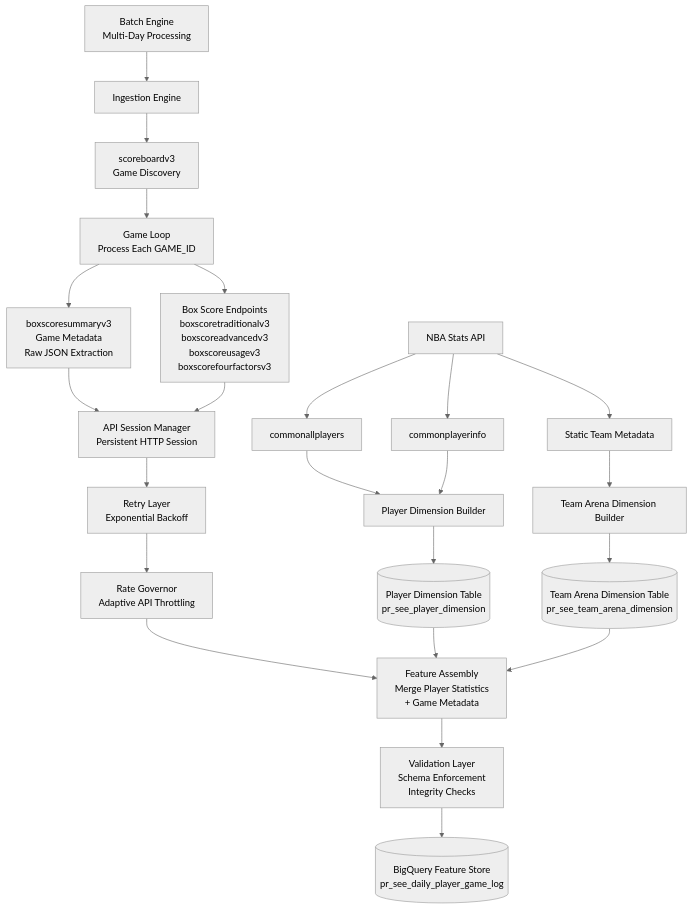
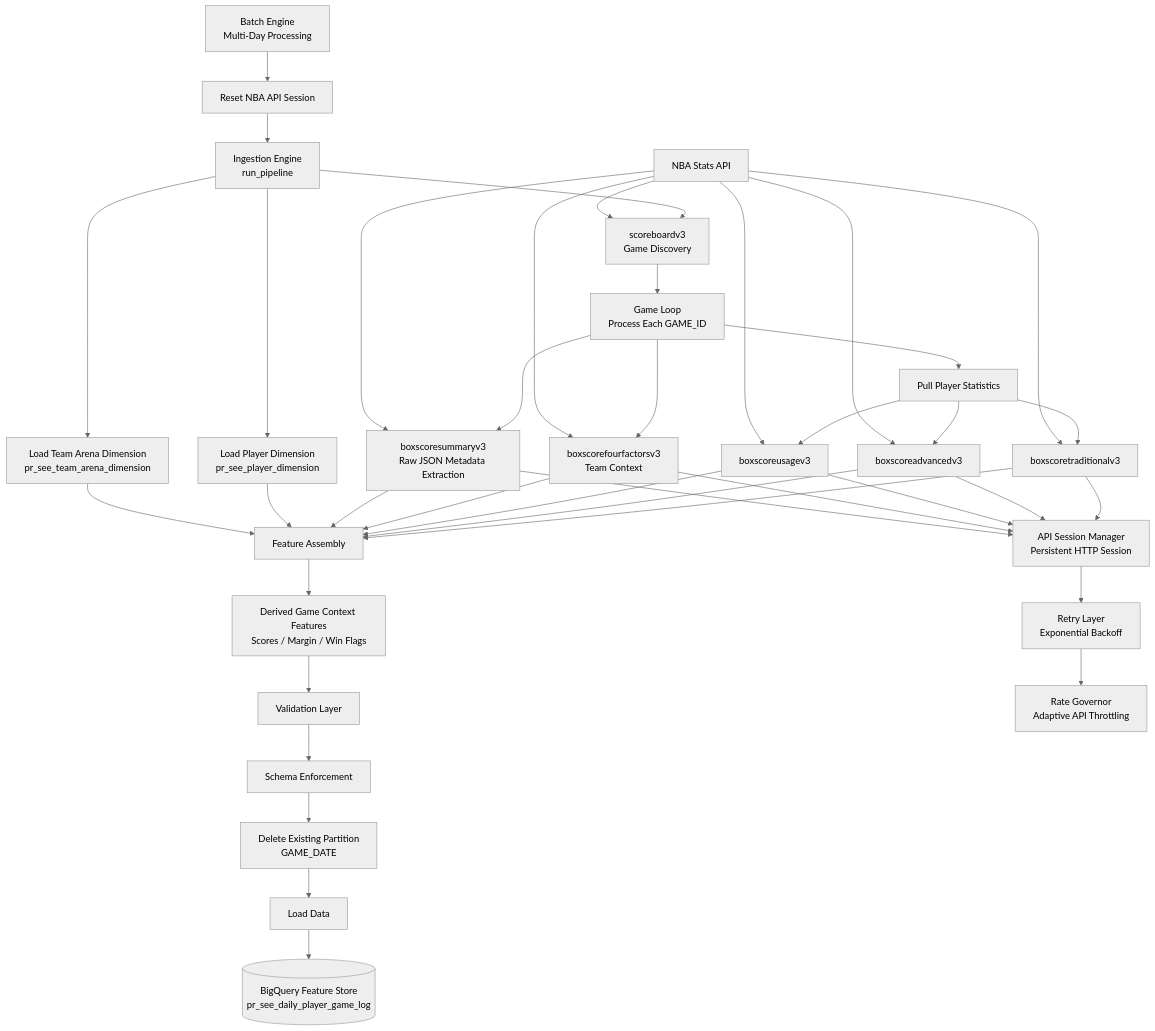
The diagram in README.md (zh412/nba-feature-store), drawn with Mermaid (neutral theme) before and after one commit.

Commit message:
Update architecture diagram to reflect full ingestion pipeline flow

````diff
--- a/README.md
+++ b/README.md
@@ -72,83 +72,119 @@
 A[NBA Stats API]
 
 %% =========================================================
-%% INGESTION ORCHESTRATION
+%% BATCH ORCHESTRATION
 %% =========================================================
 
 B[Batch Engine<br>Multi-Day Processing]
 
-C[Ingestion Engine]
+B --> C[Reset NBA API Session]
 
-B --> C
+C --> D[Ingestion Engine<br>run_pipeline]
+
+%% =========================================================
+%% DIMENSION INITIALIZATION
+%% =========================================================
+
+D --> E[Load Player Dimension<br>pr_see_player_dimension]
+
+D --> F[Load Team Arena Dimension<br>pr_see_team_arena_dimension]
 
 %% =========================================================
 %% GAME DISCOVERY
 %% =========================================================
 
-C --> D[scoreboardv3<br>Game Discovery]
+D --> G[scoreboardv3<br>Game Discovery]
+
+A --> G
+
+G --> H[Game Loop<br>Process Each GAME_ID]
 
 %% =========================================================
-%% PER-GAME DATA COLLECTION
+%% PLAYER STATISTICS COLLECTION
 %% =========================================================
 
-D --> E[Game Loop<br>Process Each GAME_ID]
+H --> I[Pull Player Statistics]
 
-E --> F[boxscoresummaryv3<br>Game Metadata<br>Raw JSON Extraction]
+I --> J[boxscoretraditionalv3]
 
-E --> G[Box Score Endpoints<br>boxscoretraditionalv3<br>boxscoreadvancedv3<br>boxscoreusagev3<br>boxscorefourfactorsv3]
+I --> K[boxscoreadvancedv3]
+
+I --> L[boxscoreusagev3]
+
+A --> J
+A --> K
+A --> L
+
+%% =========================================================
+%% TEAM CONTEXT
+%% =========================================================
+
+H --> M[boxscorefourfactorsv3<br>Team Context]
+
+A --> M
+
+%% =========================================================
+%% GAME METADATA
+%% =========================================================
+
+H --> N[boxscoresummaryv3<br>Raw JSON Metadata Extraction]
+
+A --> N
+
+%% =========================================================
+%% FEATURE ASSEMBLY
+%% =========================================================
+
+J --> O[Feature Assembly]
+
+K --> O
+L --> O
+M --> O
+N --> O
+
+E --> O
+F --> O
+
+%% =========================================================
+%% DERIVED FEATURES
+%% =========================================================
+
+O --> P[Derived Game Context Features<br>Scores / Margin / Win Flags]
+
+%% =========================================================
+%% DATA QUALITY
+%% =========================================================
+
+P --> Q[Validation Layer]
+
+Q --> R[Schema Enforcement]
+
+%% =========================================================
+%% WAREHOUSE LOAD
+%% =========================================================
+
+R --> S[Delete Existing Partition<br>GAME_DATE]
+
+S --> T[Load Data]
+
+T --> U[(BigQuery Feature Store<br>pr_see_daily_player_game_log)]
 
 %% =========================================================
 %% API RELIABILITY LAYER
 %% =========================================================
 
-H[API Session Manager<br>Persistent HTTP Session]
+V[API Session Manager<br>Persistent HTTP Session]
 
-I[Retry Layer<br>Exponential Backoff]
+W[Retry Layer<br>Exponential Backoff]
 
-J[Rate Governor<br>Adaptive API Throttling]
+X[Rate Governor<br>Adaptive API Throttling]
 
-F --> H
-G --> H
+J --> V
+K --> V
+L --> V
+M --> V
+N --> V
 
-H --> I
-I --> J
-
-%% =========================================================
-%% DIMENSION PIPELINES
-%% =========================================================
-
-A --> K[commonallplayers]
-A --> L[commonplayerinfo]
-
-K --> M[Player Dimension Builder]
-L --> M
-
-M --> N[(Player Dimension Table<br>pr_see_player_dimension)]
-
-A --> O[Static Team Metadata]
-
-O --> P[Team Arena Dimension Builder]
-
-P --> Q[(Team Arena Dimension Table<br>pr_see_team_arena_dimension)]
-
-%% =========================================================
-%% FEATURE ASSEMBLY
-%% =========================================================
-
-J --> R[Feature Assembly<br>Merge Player Statistics<br>+ Game Metadata]
-
-N --> R
-Q --> R
-
-%% =========================================================
-%% DATA QUALITY LAYER
-%% =========================================================
-
-R --> S[Validation Layer<br>Schema Enforcement<br>Integrity Checks]
-
-%% =========================================================
-%% DATA WAREHOUSE
-%% =========================================================
-
-S --> T[(BigQuery Feature Store<br>pr_see_daily_player_game_log)]
+V --> W
+W --> X
 ```
````
